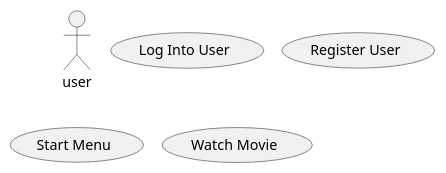
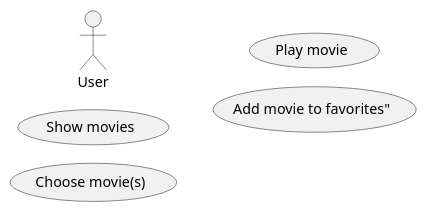
The diagram in src/UseCases.v0.puml (LauraRaun/Sp3Chill), drawn with PlantUML before and after one commit. The commit also changed other lines of this file, not shown here.

```diff
--- a/src/UseCases.v0.puml
+++ b/src/UseCases.v0.puml
@@ -1,16 +1,16 @@
 @startuml
 'https://plantuml.com/use-case-diagram
 !pragma layout smetana
 
-  actor user as u
+left to right direction
+
+actor "User" as U
 
 
-  usecase "Log Into User" as UC1
-  usecase "Register User" as UC2
-  usecase "Start Menu" as UC3
-  usecase "Watch Movie" as UC4
-
-
+  usecase "Show movies" as UC1
+  usecase "Choose movie(s)" as UC2
+  usecase "Play movie" as UC3
+  usecase "Add movie to favorites"" as UC4
 
 
 @enduml
```
